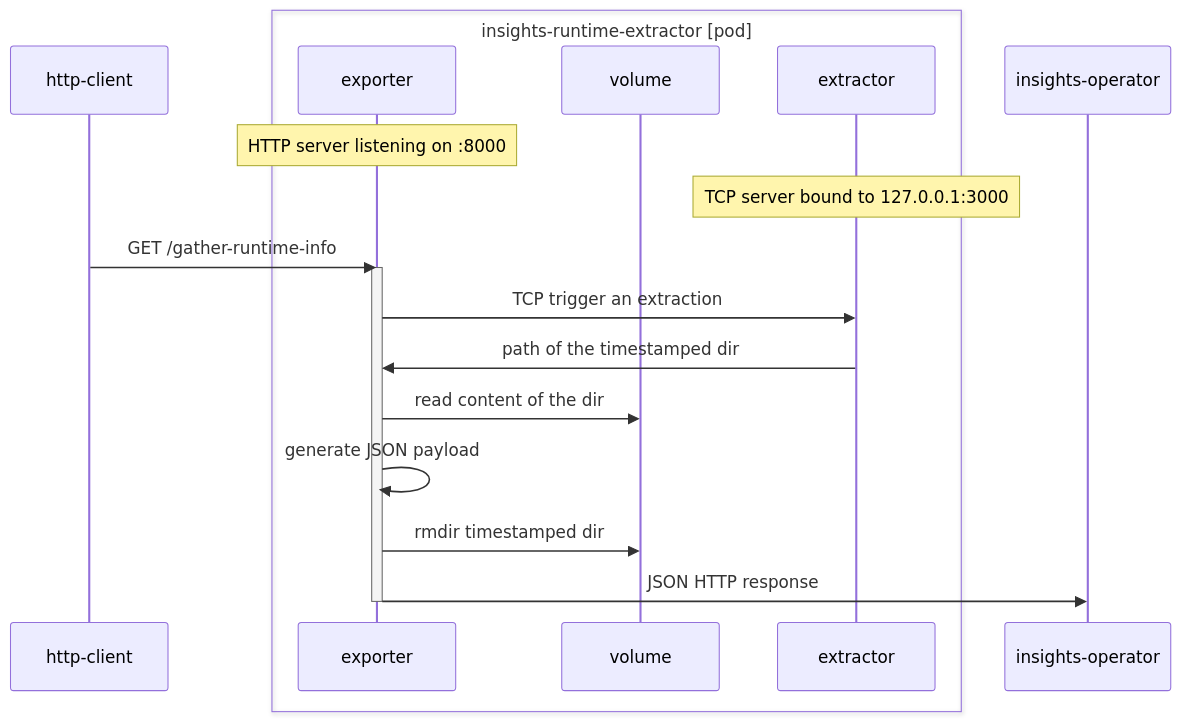
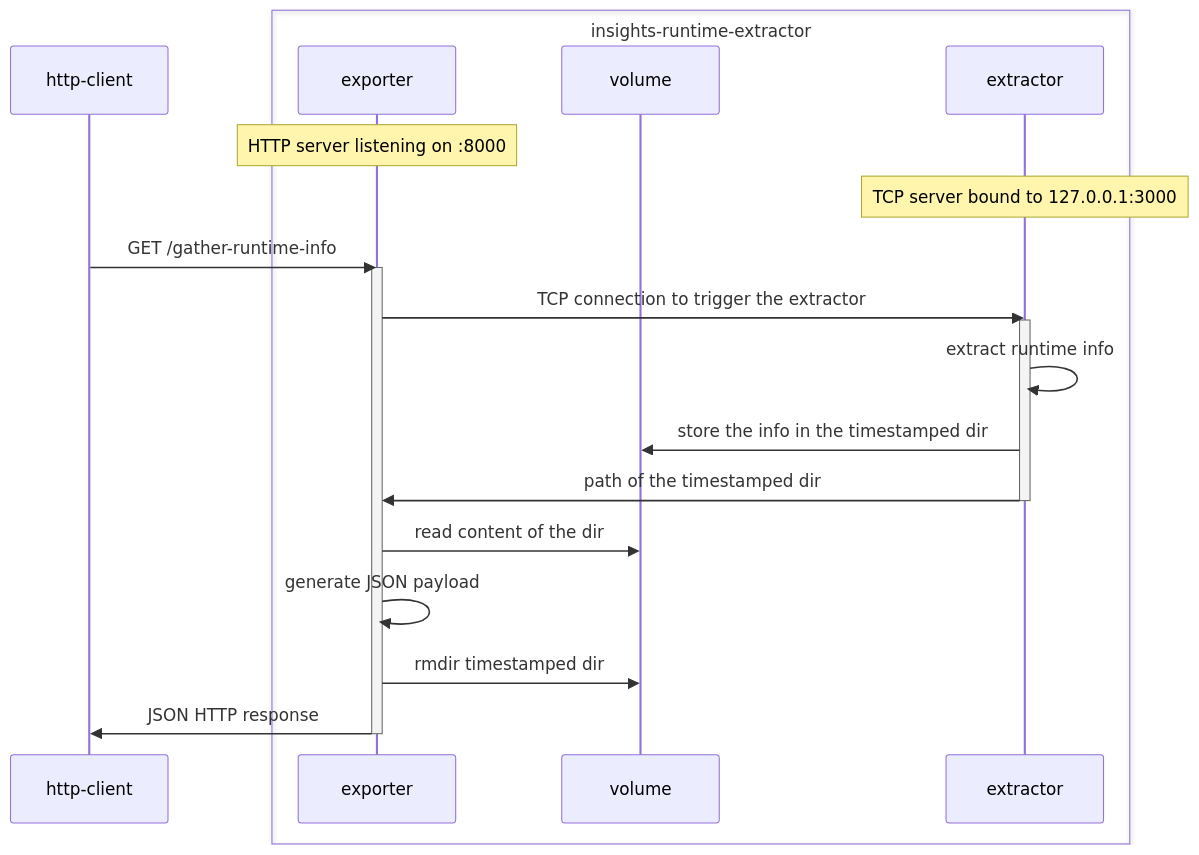
One commit to openshift/insights-runtime-extractor changed the diagram in insights-runtime-exporter/README.md. Above: the diagram before and after it, drawn with Mermaid. The commit also changed other lines of this file and 2 other files, not shown here.

Commit message:
Update exporter main code

````diff
--- a/insights-runtime-exporter/README.md
+++ b/insights-runtime-exporter/README.md
@@ -20,21 +20,25 @@
 ```mermaid
 sequenceDiagram
   participant http-client
-  box insights-runtime-extractor [pod]
+  box insights-runtime-extractor
   participant exporter
   participant V as volume
   participant extractor
   end
 
 Note over exporter: HTTP server listening on :8000
 Note over extractor: TCP server bound to 127.0.0.1:3000
 http-client->>exporter: GET /gather-runtime-info
 activate exporter
-exporter->>extractor: TCP trigger an extraction
+exporter->>extractor: TCP connection to trigger the extractor
+activate extractor
+extractor->>extractor: extract runtime info
+extractor->>V: store the info in the timestamped dir
 extractor->>exporter: path of the timestamped dir
+deactivate extractor
 exporter->>V: read content of the dir
 exporter->>exporter: generate JSON payload
 exporter->>V: rmdir timestamped dir
-exporter->>insights-operator: JSON HTTP response
+exporter->>http-client: JSON HTTP response
 deactivate exporter
 ```
````
